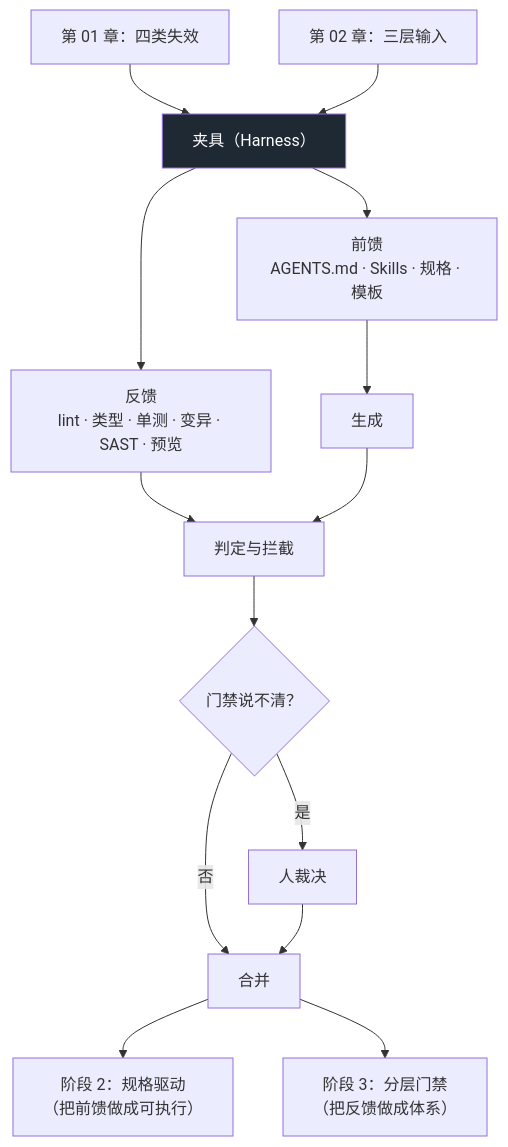
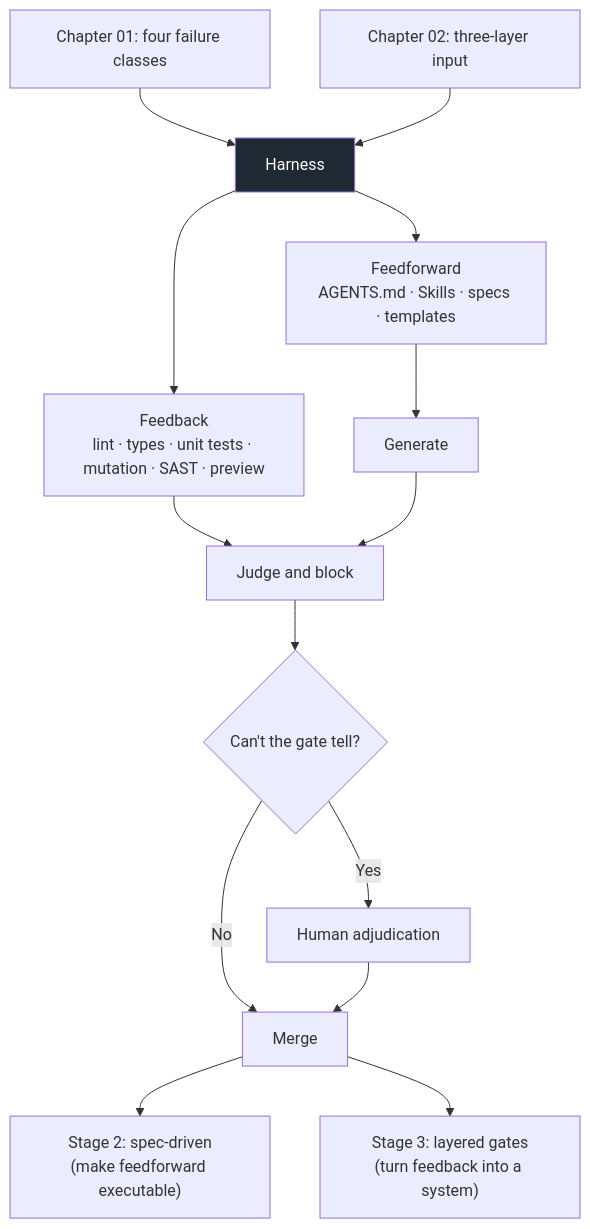
The diagram in phase1/chapters/ch03-two-halves-of-harness.md (xzlxiao/vibe-coding-textbook), drawn with Mermaid before and after one commit. The commit also changed other lines of this file and 4 other files, not shown here.

````diff
--- a/phase1/chapters/ch03-two-halves-of-harness.md
+++ b/phase1/chapters/ch03-two-halves-of-harness.md
@@ -364,18 +364,18 @@
 ```mermaid
 flowchart TD
-    A["第 01 章：四类失效"] --> B["夹具（Harness）"]
-    C["第 02 章：三层输入"] --> B
-    B --> D["前馈<br>AGENTS.md · Skills · 规格 · 模板"]
-    B --> E["反馈<br>lint · 类型 · 单测 · 变异 · SAST · 预览"]
-    D --> F["生成"]
-    E --> G["判定与拦截"]
+    A["Chapter 01: four failure classes"] --> B["Harness"]
+    C["Chapter 02: three-layer input"] --> B
+    B --> D["Feedforward<br>AGENTS.md · Skills · specs · templates"]
+    B --> E["Feedback<br>lint · types · unit tests · mutation · SAST · preview"]
+    D --> F["Generate"]
+    E --> G["Judge and block"]
     F --> G
-    G --> H{"门禁说不清？"}
-    H -->|"是"| I["人裁决"]
-    H -->|"否"| J["合并"]
+    G --> H{"Can't the gate tell?"}
+    H -->|"Yes"| I["Human adjudication"]
+    H -->|"No"| J["Merge"]
     I --> J
-    J --> K["阶段 2：规格驱动<br>（把前馈做成可执行）"]
-    J --> L["阶段 3：分层门禁<br>（把反馈做成体系）"]
+    J --> K["Stage 2: spec-driven<br>(make feedforward executable)"]
+    J --> L["Stage 3: layered gates<br>(turn feedback into a system)"]
 
     style B fill:#1F2933,color:#FFFFFF
 ```
````
